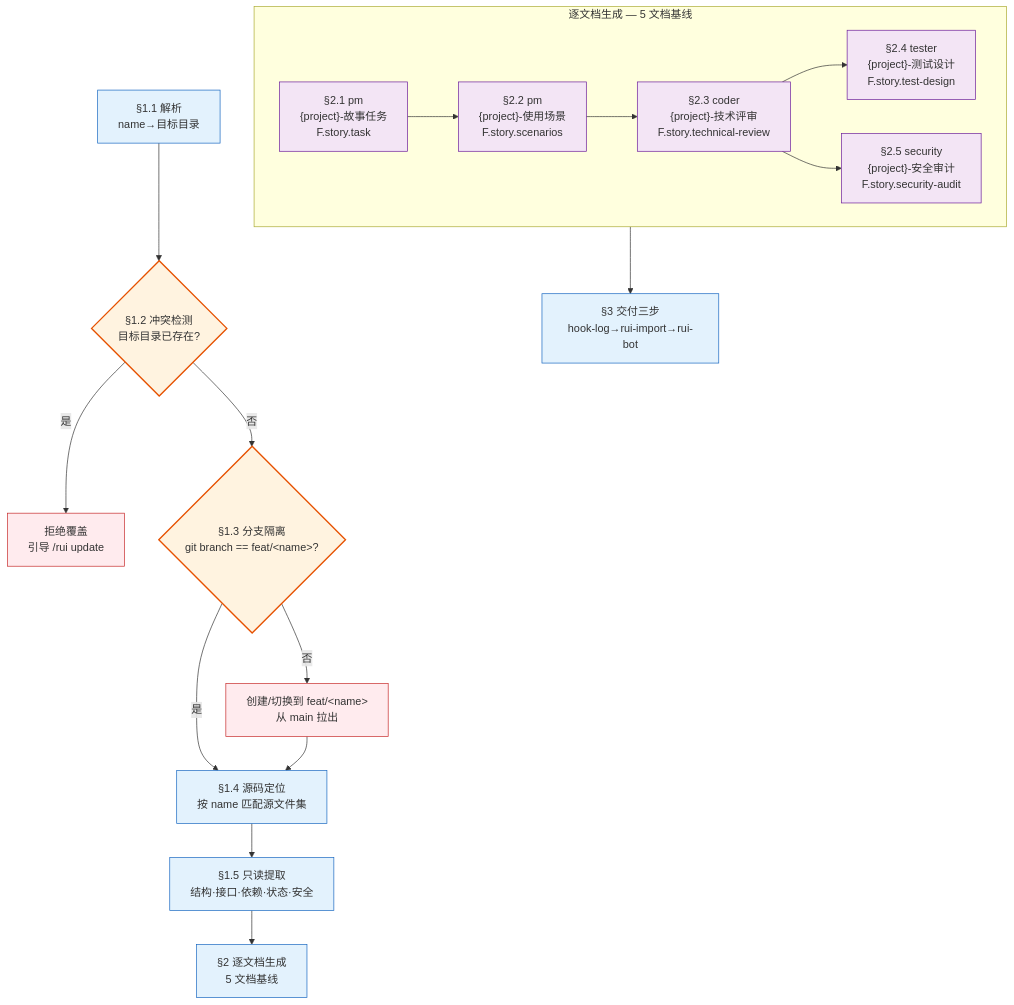
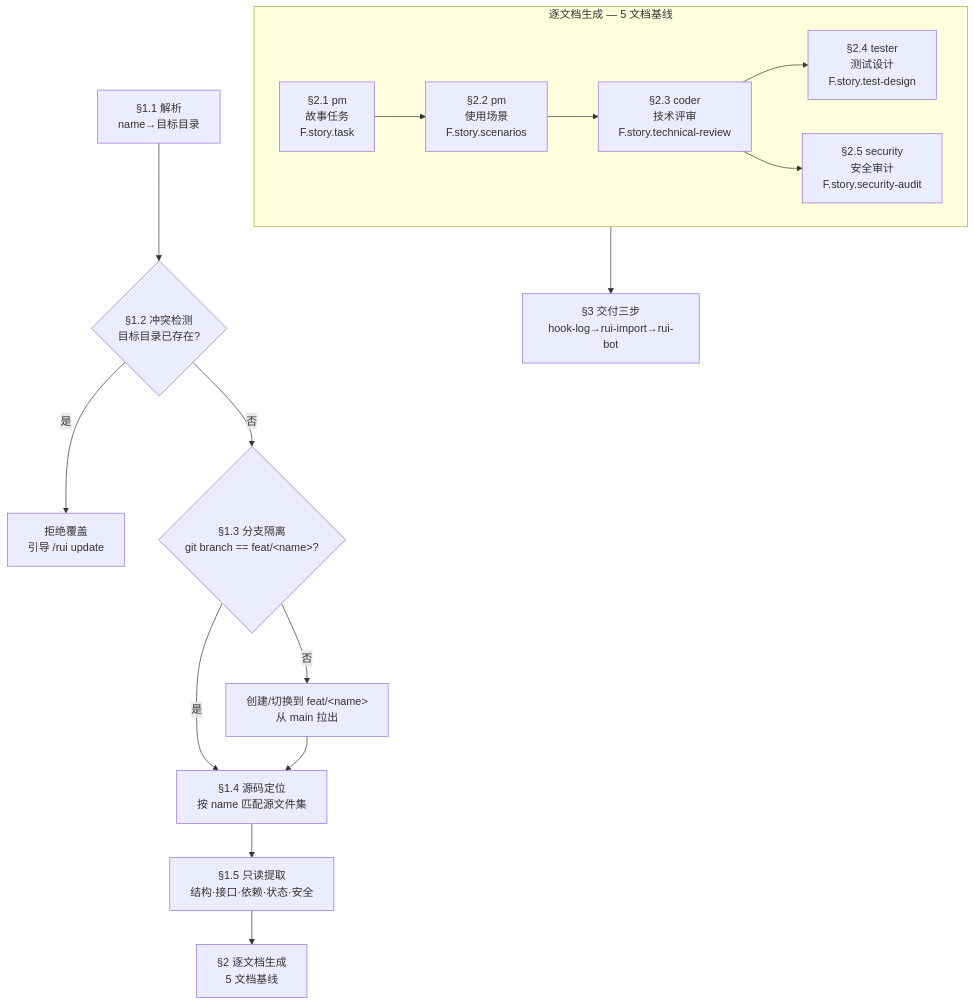
One commit to effiy/YrY changed diagram 15 of 17 in skills/rui/SKILL.md. Above: the diagram before and after it, drawn with Mermaid. The commit also changed other lines of this file and 61 other files, not shown here.

````diff
--- a/skills/rui/SKILL.md
+++ b/skills/rui/SKILL.md
@@ -827,30 +843,25 @@
 ```mermaid
 flowchart TD
     PARSE["§1.1 解析<br/>name→目标目录"]:::s --> CONFLICT{"§1.2 冲突检测<br/>目标目录已存在?"}:::gate
     CONFLICT -->|"是"| REJECT["拒绝覆盖<br/>引导 /rui update"]:::bad
     CONFLICT -->|"否"| BRANCH{"§1.3 分支隔离<br/>git branch == feat/&lt;name&gt;?"}:::gate
     BRANCH -->|"否"| SWITCH["创建/切换到 feat/&lt;name&gt;<br/>从 main 拉出"]:::block
     BRANCH -->|"是"| SCAN["§1.4 源码定位<br/>按 name 匹配源文件集"]:::s
     SWITCH --> SCAN
     SCAN --> EXTRACT["§1.5 只读提取<br/>结构·接口·依赖·状态·安全"]:::s
     EXTRACT --> GEN["§2 逐文档生成<br/>5 文档基线"]:::s
 
     subgraph GENSUB["逐文档生成 — 5 文档基线"]
         direction LR
-        D1["§2.1 pm<br/>{project}-故事任务<br/>F.story.task"]:::agent
-        D2["§2.2 pm<br/>{project}-使用场景<br/>F.story.scenarios"]:::agent
-        D3["§2.3 coder<br/>{project}-技术评审<br/>F.story.technical-review"]:::agent
-        D4["§2.4 tester<br/>{project}-测试设计<br/>F.story.test-design"]:::agent
-        D5["§2.5 security<br/>{project}-安全审计<br/>F.story.security-audit"]:::agent
+        D1["§2.1 pm<br/>故事任务<br/>F.story.task"]:::agent
+        D2["§2.2 pm<br/>使用场景<br/>F.story.scenarios"]:::agent
+        D3["§2.3 coder<br/>技术评审<br/>F.story.technical-review"]:::agent
+        D4["§2.4 tester<br/>测试设计<br/>F.story.test-design"]:::agent
+        D5["§2.5 security<br/>安全审计<br/>F.story.security-audit"]:::agent
         D1 --> D2 --> D3 --> D4
         D3 --> D5
     end
 
     GENSUB --> DELIVER["§3 交付三步<br/>hook-log→rui-import→rui-bot"]:::s
 
-    classDef s fill:#e3f2fd,stroke:#1565c0;
-    classDef gate fill:#fff3e0,stroke:#e65100,stroke-width:2px;
-    classDef bad fill:#ffebee,stroke:#c62828;
-    classDef block fill:#ffebee,stroke:#c62828;
-    classDef agent fill:#f3e5f5,stroke:#6a1b9a;
 ```
````
